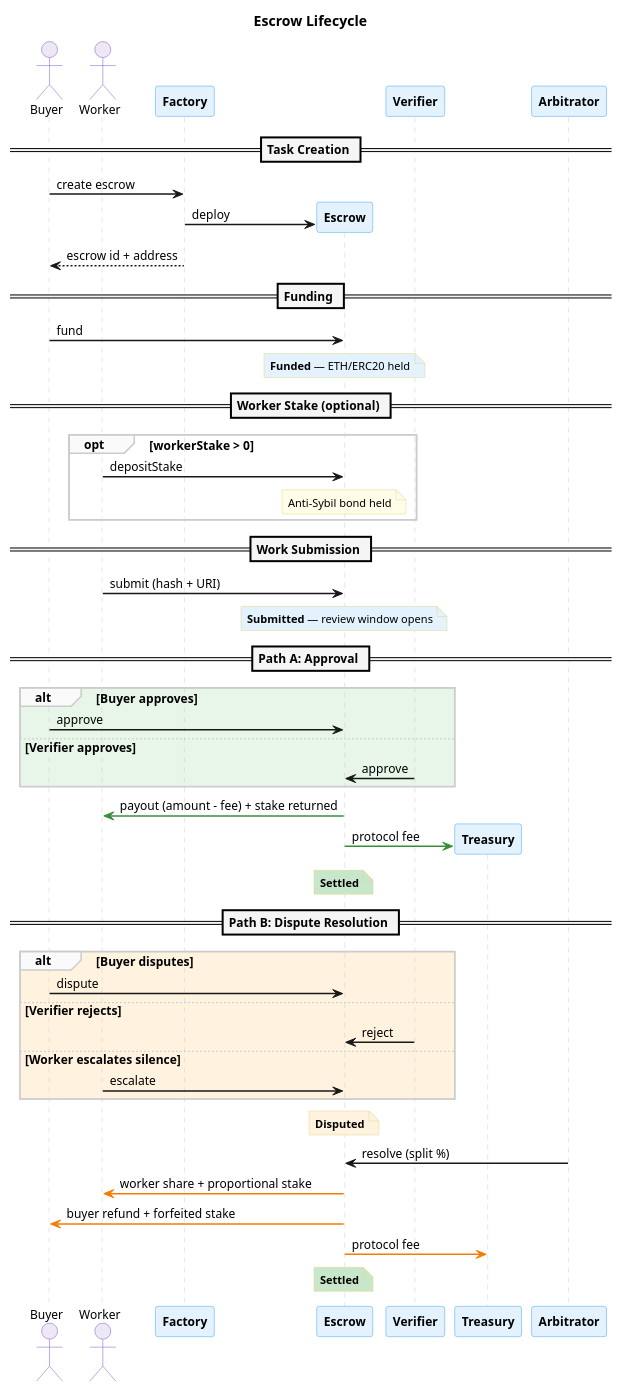
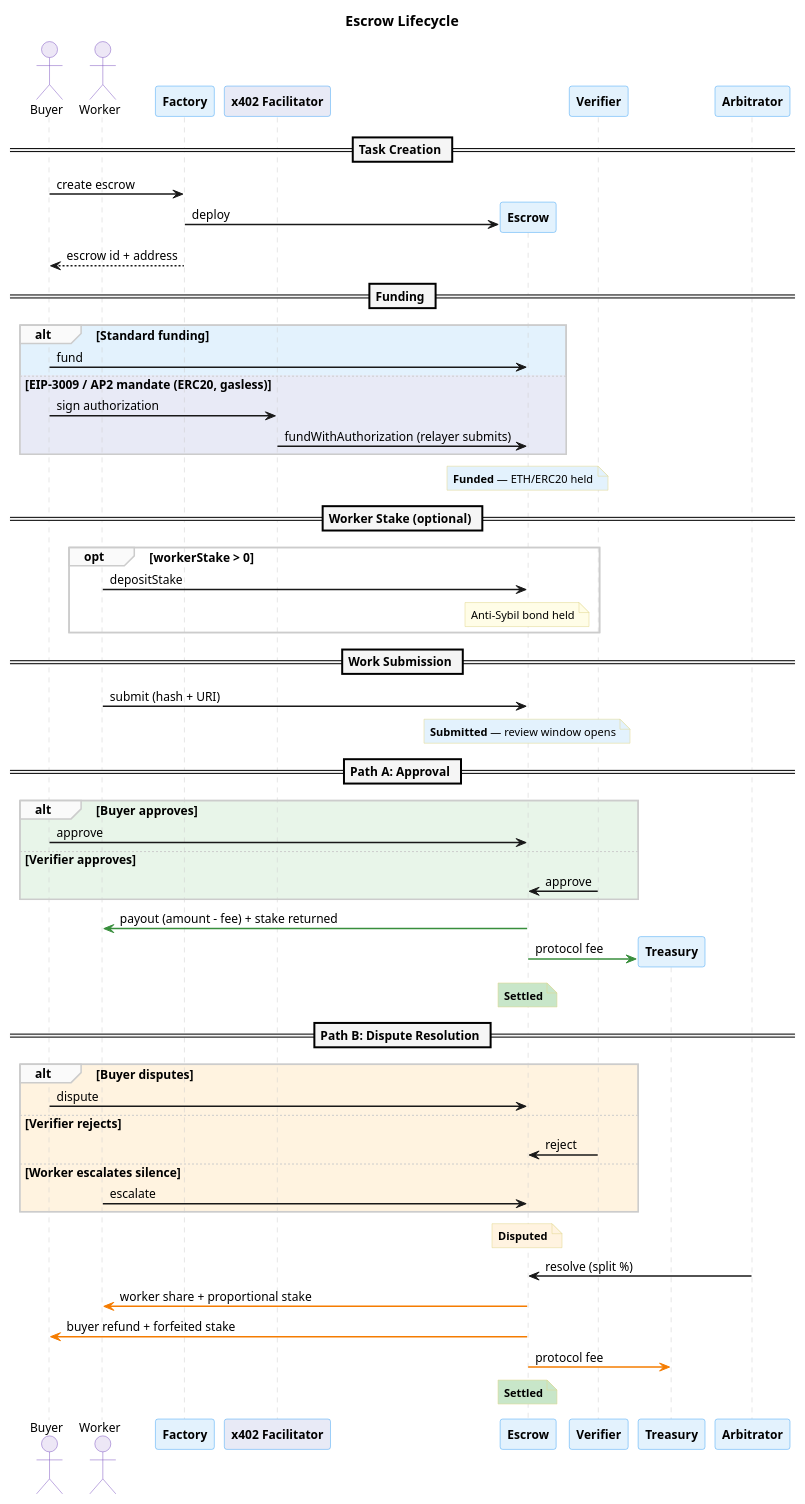
Before and after one commit to eddiefleurent/agent-escrow: the first of 4 diagrams in docs/diagrams/lifecycle-sequence.puml, drawn with PlantUML. The commit also changed 31 other files, not shown here.

First line of the commit message:
feat: AP2 mandate-to-escrow bridge with EIP-3009 gasless funding (#10)

```diff
--- a/docs/diagrams/lifecycle-sequence.puml
+++ b/docs/diagrams/lifecycle-sequence.puml
@@ -1,90 +1,96 @@
 @startuml lifecycle-sequence
 skinparam backgroundColor #FFFFFF
 skinparam defaultFontName "Helvetica"
 skinparam defaultFontSize 12
 skinparam shadowing false
 skinparam sequenceArrowThickness 1.5
 skinparam sequenceLifeLineBorderColor #CCCCCC
 skinparam sequenceDividerBackgroundColor #F5F5F5
 skinparam sequenceDividerFontStyle bold
 skinparam sequenceGroupBackgroundColor #FAFAFA
 skinparam sequenceGroupBorderColor #CCCCCC
 
 skinparam participant {
   BorderColor #42A5F5
   BackgroundColor #E3F2FD
   FontStyle bold
 }
 
 skinparam actor {
   BorderColor #7E57C2
   BackgroundColor #EDE7F6
 }
 
 skinparam note {
   BackgroundColor #FFFDE7
   BorderColor #E0D68A
   FontSize 11
 }
 
 title Escrow Lifecycle
 
 actor "Buyer" as buyer
 actor "Worker" as worker
 participant "Factory" as factory
+participant "x402 Facilitator" as facilitator #E8EAF6
 
 == Task Creation ==
 
 buyer -> factory : create escrow
 factory -> "Escrow" as escrow ** : deploy
 factory --> buyer : escrow id + address
 
 == Funding ==
 
-buyer -> escrow : fund
+alt #E3F2FD Standard funding
+  buyer -> escrow : fund
+else #E8EAF6 EIP-3009 / AP2 mandate (ERC20, gasless)
+  buyer -> facilitator : sign authorization
+  facilitator -> escrow : fundWithAuthorization (relayer submits)
+end
 note over escrow #E3F2FD : **Funded** — ETH/ERC20 held
 
 == Worker Stake (optional) ==
 
 opt workerStake > 0
   worker -> escrow : depositStake
   note over escrow #FFFDE7 : Anti-Sybil bond held
 end
 
 == Work Submission ==
 
 worker -> escrow : submit (hash + URI)
 note over escrow #E3F2FD : **Submitted** — review window opens
 
 == Path A: Approval ==
 
 alt #E8F5E9 Buyer approves
   buyer -> escrow : approve
 else #E8F5E9 Verifier approves
   "Verifier" as verifier -> escrow : approve
 end
 
 escrow -[#388E3C]> worker : payout (amount - fee) + stake returned
 escrow -[#388E3C]> "Treasury" as treasury ** #E8F5E9 : protocol fee
 note over escrow #C8E6C9 : **Settled**
 
 == Path B: Dispute Resolution ==
 
 alt #FFF3E0 Buyer disputes
   buyer -> escrow : dispute
 else #FFF3E0 Verifier rejects
   verifier -> escrow : reject
 else #FFF3E0 Worker escalates silence
   worker -> escrow : escalate
 end
 
 note over escrow #FFF3E0 : **Disputed**
 
 "Arbitrator" as arbitrator -> escrow : resolve (split %)
 
 escrow -[#F57C00]> worker : worker share + proportional stake
 escrow -[#F57C00]> buyer : buyer refund + forfeited stake
 escrow -[#F57C00]> treasury : protocol fee
 note over escrow #C8E6C9 : **Settled**
 
 @enduml
```
